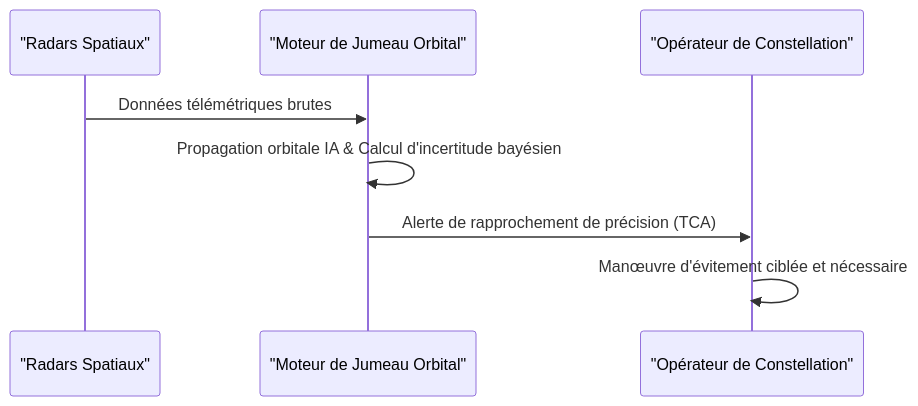
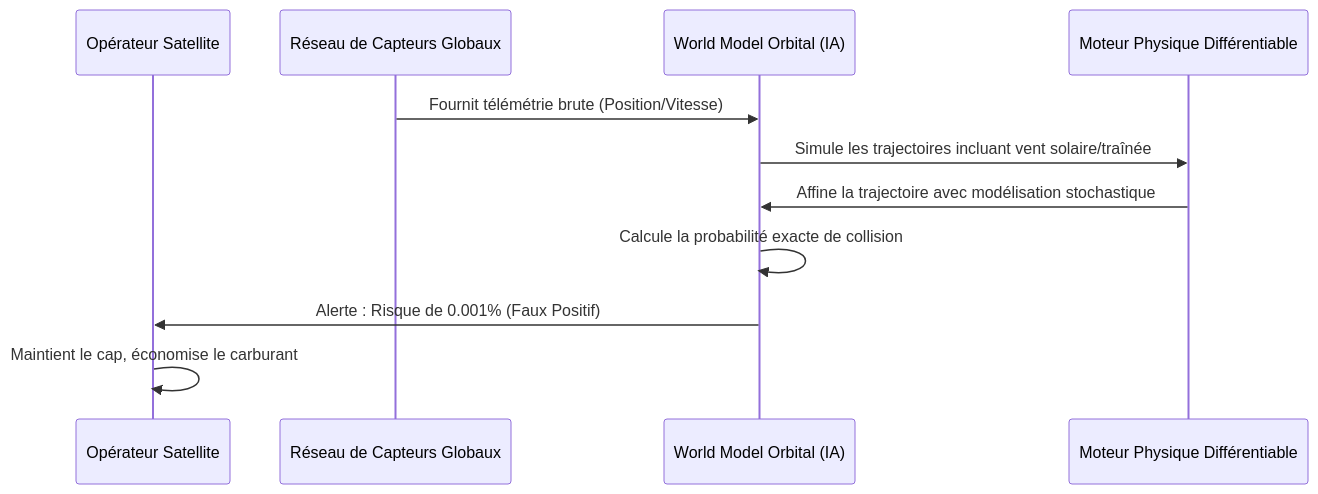
One commit to flouzzy/top-100-ai-startup-ideas changed the second of 2 diagrams in archive/space-debris-collision-twin/README.fr.md. Above: the diagram before and after it, drawn with Mermaid. The commit also changed other lines of this file and 79 other files, not shown here.

````diff
--- a/archive/space-debris-collision-twin/README.fr.md
+++ b/archive/space-debris-collision-twin/README.fr.md
@@ -39,11 +41,14 @@
 ```mermaid
 sequenceDiagram
-    %% Schéma de séquence ou d'interaction entre l'utilisateur, l'IA et le système
-    participant Radars as "Radars Spatiaux"
-    participant Engine as "Moteur de Jumeau Orbital"
-    participant Operator as "Opérateur de Constellation"
-    Radars->>Engine: Données télémétriques brutes
-    Engine->>Engine: Propagation orbitale IA & Calcul d'incertitude bayésien
-    Engine->>Operator: Alerte de rapprochement de précision (TCA)
-    Operator->>Operator: Manœuvre d'évitement ciblée et nécessaire
+    participant Operator as Opérateur Satellite
+    participant Radar as Réseau de Capteurs Globaux
+    participant Twin as World Model Orbital (IA)
+    participant Physics as Moteur Physique Différentiable
+
+    Radar->>Twin: Fournit télémétrie brute (Position/Vitesse)
+    Twin->>Physics: Simule les trajectoires incluant vent solaire/traînée
+    Physics->>Twin: Affine la trajectoire avec modélisation stochastique
+    Twin->>Twin: Calcule la probabilité exacte de collision
+    Twin->>Operator: Alerte : Risque de 0.001% (Faux Positif)
+    Operator->>Operator: Maintient le cap, économise le carburant
 ```
````
